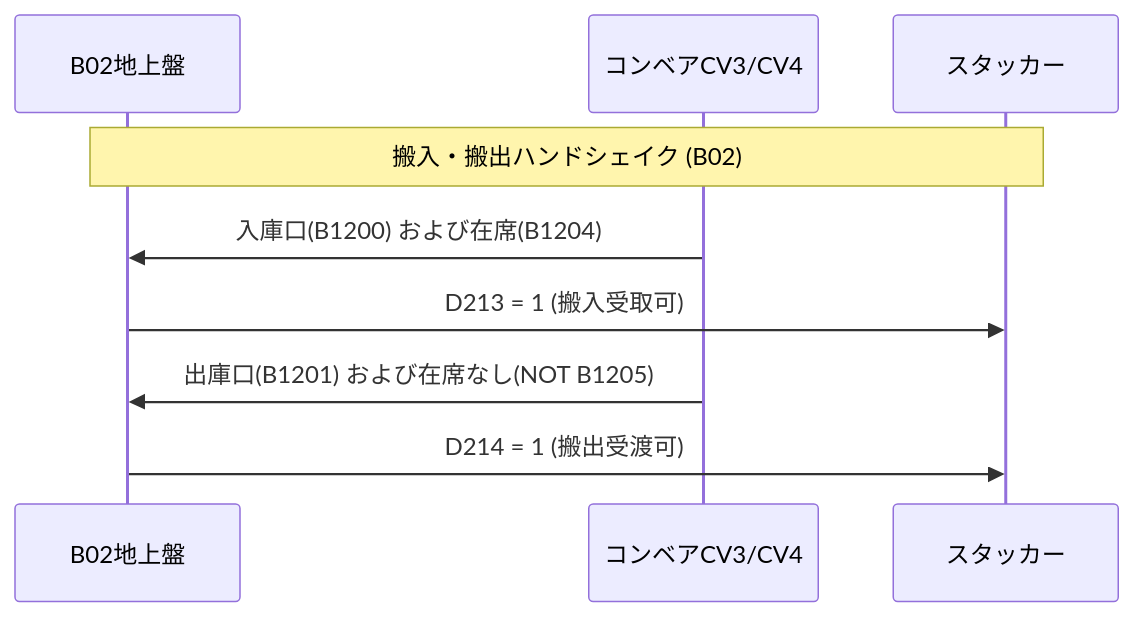
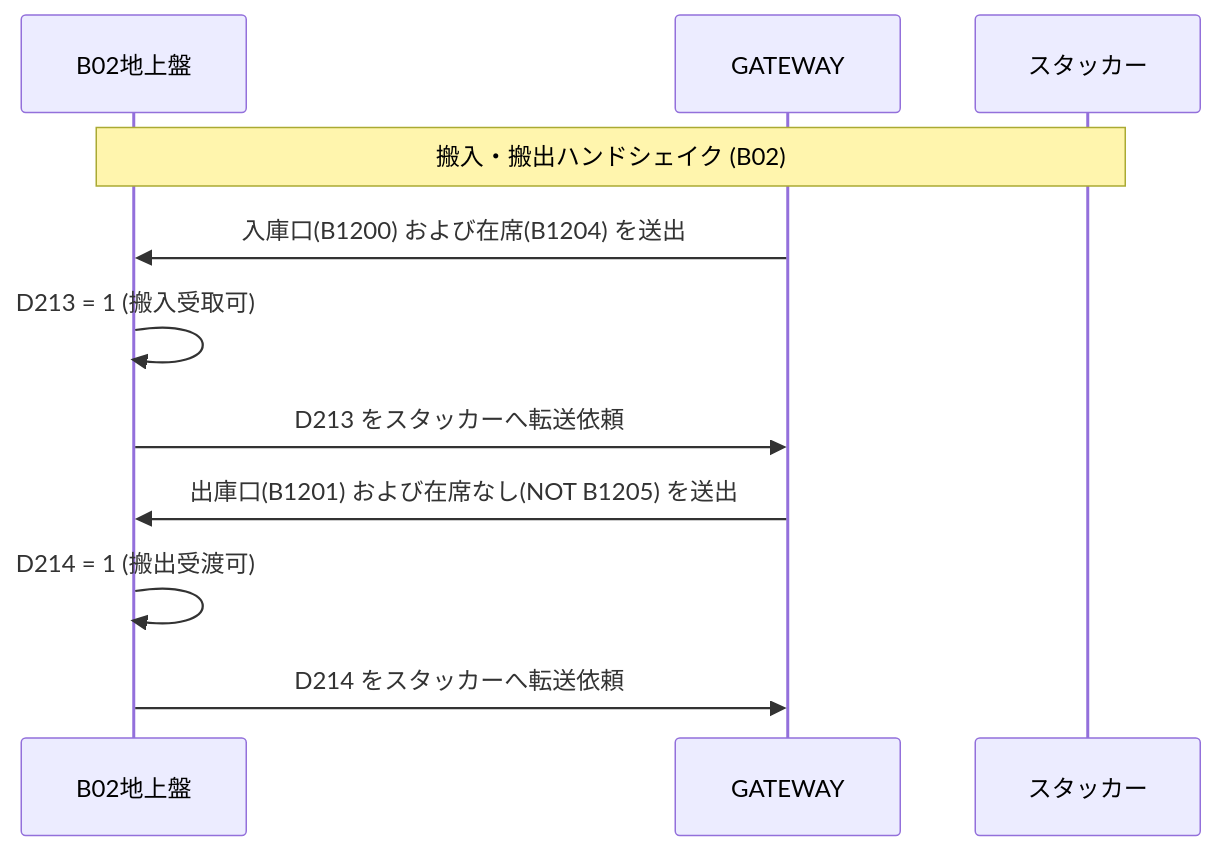
Before and after one commit to iceplantengineering/YTEC: the fifth of 7 diagrams in DOC3/plc_flowcharts.md, drawn with Mermaid. The commit also changed other lines of this file and 30 other files, not shown here.

````diff
--- a/DOC3/plc_flowcharts.md
+++ b/DOC3/plc_flowcharts.md
@@ -107,13 +132,15 @@
 ```mermaid
 sequenceDiagram
     participant B02 as B02地上盤
-    participant CV3 as コンベアCV3/CV4
+    participant GW as GATEWAY
     participant STK as スタッカー
     
     Note over B02,STK: 搬入・搬出ハンドシェイク (B02)
-    CV3->>B02: 入庫口(B1200) および在席(B1204)
-    B02->>STK: D213 = 1 (搬入受取可)
+    GW->>B02: 入庫口(B1200) および在席(B1204) を送出
+    B02->>B02: D213 = 1 (搬入受取可)
+    B02->>GW: D213 をスタッカーへ転送依頼
 
-    CV3->>B02: 出庫口(B1201) および在席なし(NOT B1205)
-    B02->>STK: D214 = 1 (搬出受渡可)
+    GW->>B02: 出庫口(B1201) および在席なし(NOT B1205) を送出
+    B02->>B02: D214 = 1 (搬出受渡可)
+    B02->>GW: D214 をスタッカーへ転送依頼
 ```
````
